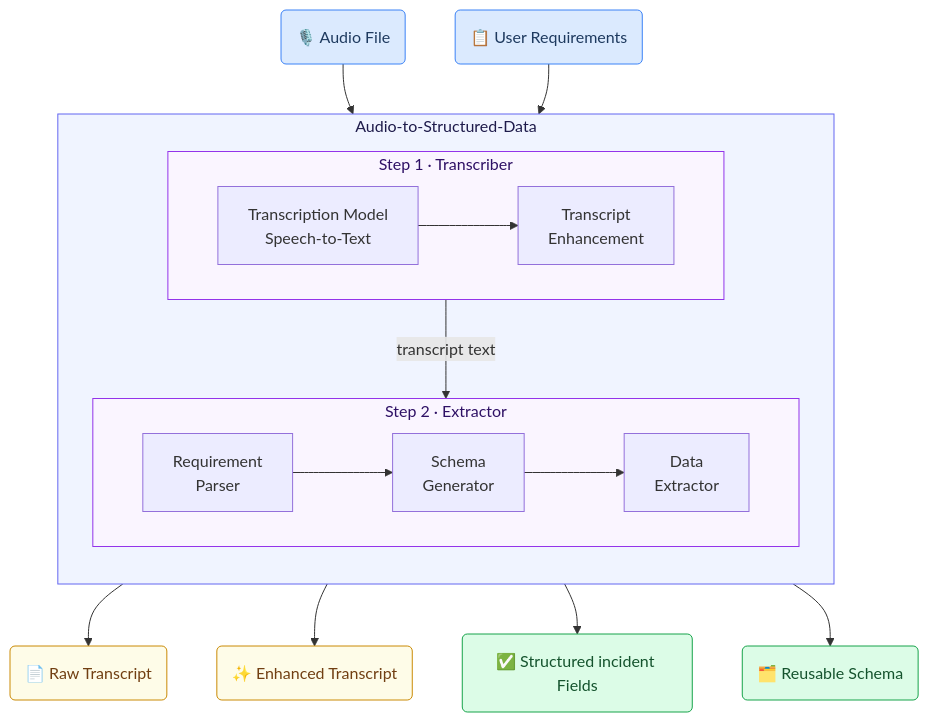
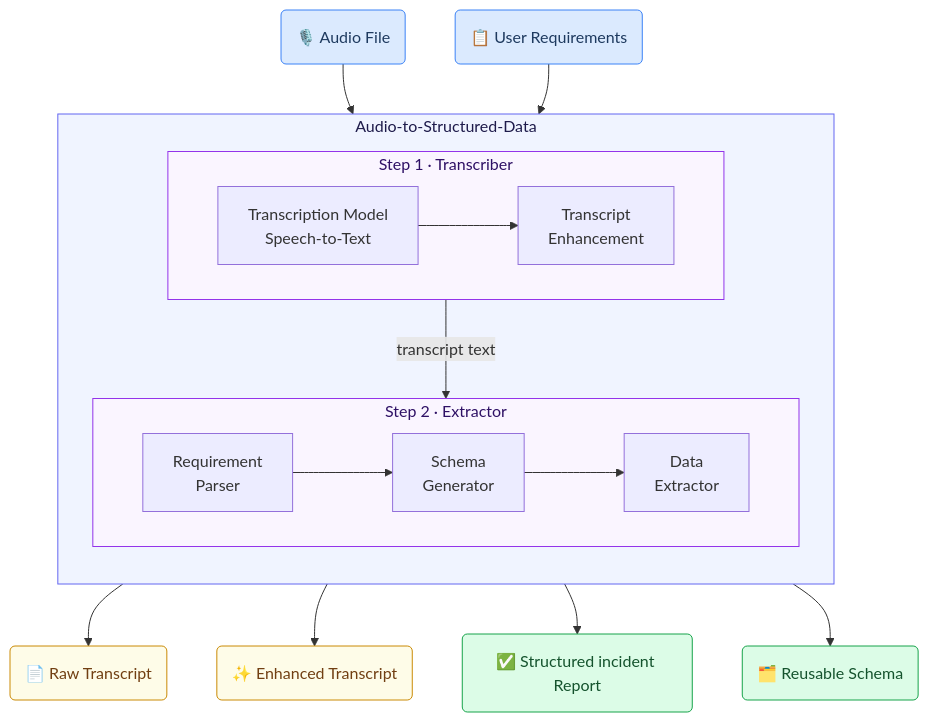
The fourth of 4 diagrams in use_cases/Incident_reporting.md (GAIK-project/gaik-toolkit), drawn with Mermaid before and after one commit.

Commit message:
Updated the incident reporting use case

````diff
--- a/use_cases/Incident_reporting.md
+++ b/use_cases/Incident_reporting.md
@@ -119,36 +119,36 @@
 ```mermaid
 flowchart TD
     IN1("🎙️ Audio File") --> MOD
     IN2("📋 User Requirements") --> MOD
 
     subgraph MOD["Audio-to-Structured-Data"]
         direction TB
 
         subgraph T["Step 1 · Transcriber"]
             direction LR
             W["Transcription Model<br/>Speech-to-Text"] --> G["Transcript<br/>Enhancement"]
         end
 
         subgraph X["Step 2 · Extractor"]
             direction LR
             RP["Requirement<br/>Parser"] --> SG["Schema<br/>Generator"] --> DE["Data<br/>Extractor"]
         end
 
         T -->|"transcript text"| X
     end
 
     MOD --> O1("📄 Raw Transcript")
     MOD --> O2("✨ Enhanced Transcript")
-    MOD --> O3("✅ Structured incident Fields")
+    MOD --> O3("✅ Structured incident Report")
     MOD --> O4("🗂️ Reusable Schema")
 
     style IN1 fill:#dbeafe,stroke:#3b82f6,color:#1e3a5f
     style IN2 fill:#dbeafe,stroke:#3b82f6,color:#1e3a5f
     style O1 fill:#fefce8,stroke:#ca8a04,color:#713f12
     style O2 fill:#fefce8,stroke:#ca8a04,color:#713f12
     style O3 fill:#dcfce7,stroke:#16a34a,color:#14532d
     style O4 fill:#dcfce7,stroke:#16a34a,color:#14532d
     style MOD fill:#f0f4ff,stroke:#6366f1,color:#1e1b4b
     style T fill:#faf5ff,stroke:#9333ea,color:#2e1065
     style X fill:#faf5ff,stroke:#9333ea,color:#2e1065
 ```
````
